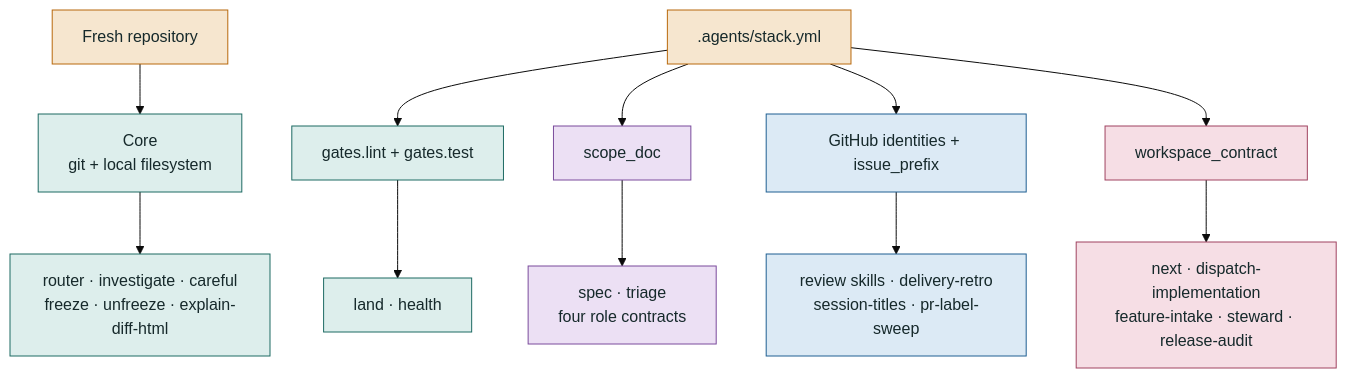
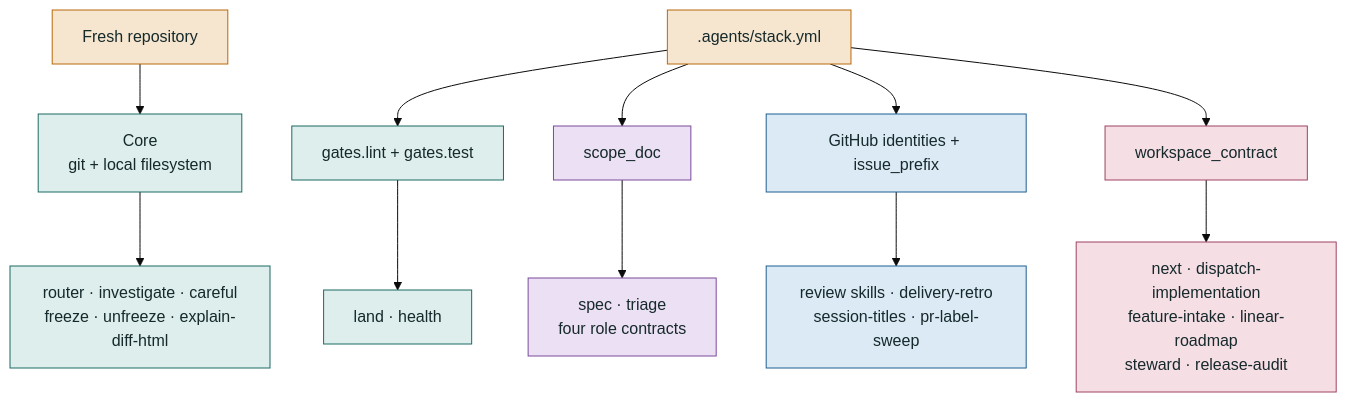
The third of 5 diagrams in docs/skill-map.md (khalilouardini/kstack), drawn with Mermaid (base theme) before and after one commit. The commit also changed other lines of this file and 22 other files, not shown here.

Commit message:
fix: enforce orchestration roadmap handoff boundaries

````diff
--- a/docs/skill-map.md
+++ b/docs/skill-map.md
@@ -106,25 +107,25 @@
 ```mermaid
 flowchart TB
     fresh["Fresh repository"] --> core["Core<br/>git + local filesystem"]
     config[".agents/stack.yml"] --> gates["gates.lint + gates.test"]
     config --> scope["scope_doc"]
     config --> identities["GitHub identities + issue_prefix"]
     config --> workspace["workspace_contract"]
 
     core --> coreSkills["router · investigate · careful<br/>freeze · unfreeze · explain-diff-html"]
     gates --> gatedCore["land · health"]
     scope --> roleSkills["spec · triage<br/>four role contracts"]
     identities --> githubSkills["review skills · delivery-retro<br/>session-titles · pr-label-sweep"]
-    workspace --> linearSkills["next · dispatch-implementation<br/>feature-intake · steward · release-audit"]
+    workspace --> linearSkills["next · dispatch-implementation<br/>feature-intake · linear-roadmap<br/>steward · release-audit"]
 
     classDef source fill:#f6e6cf,stroke:#b8690c,color:#16292b
     classDef coreStyle fill:#ddeeec,stroke:#1d6a63,color:#16292b
     classDef rolesStyle fill:#ece0f4,stroke:#7a4b9c,color:#16292b
     classDef githubStyle fill:#dceaf5,stroke:#1f5f92,color:#16292b
     classDef linearStyle fill:#f6dee5,stroke:#a04360,color:#16292b
     class fresh,config source
     class core,gates,coreSkills,gatedCore coreStyle
     class scope,roleSkills rolesStyle
     class identities,githubSkills githubStyle
     class workspace,linearSkills linearStyle
 ```
````
